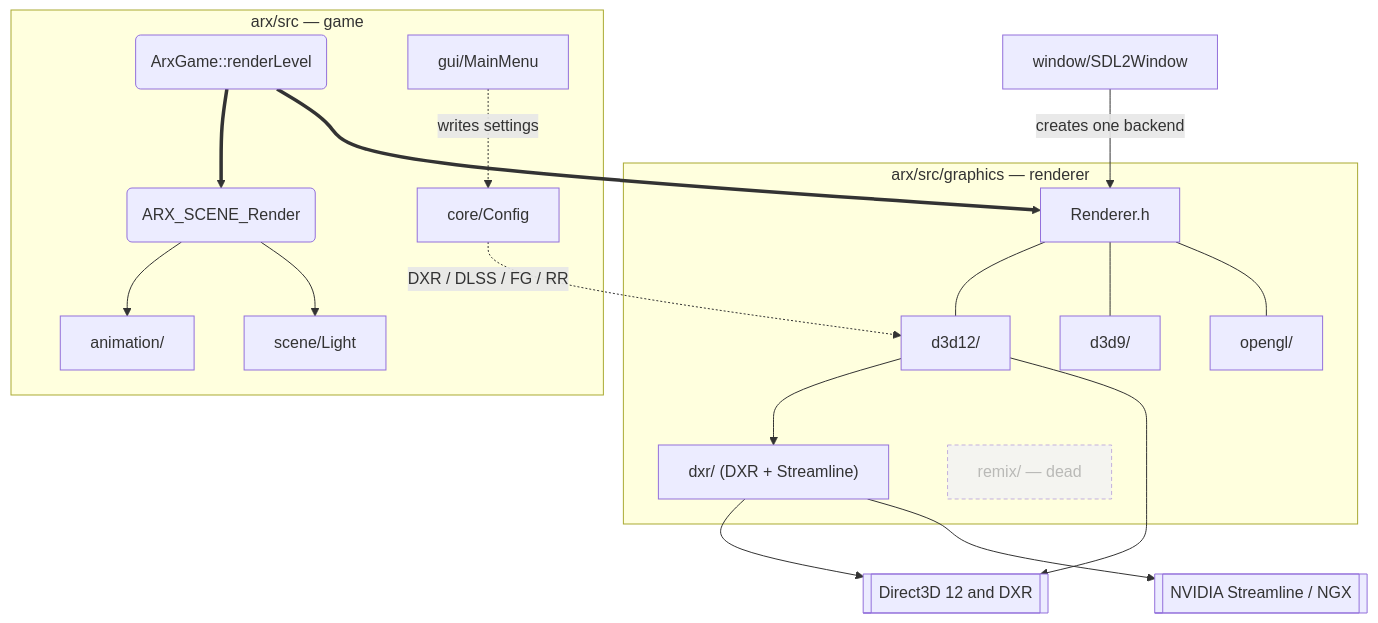
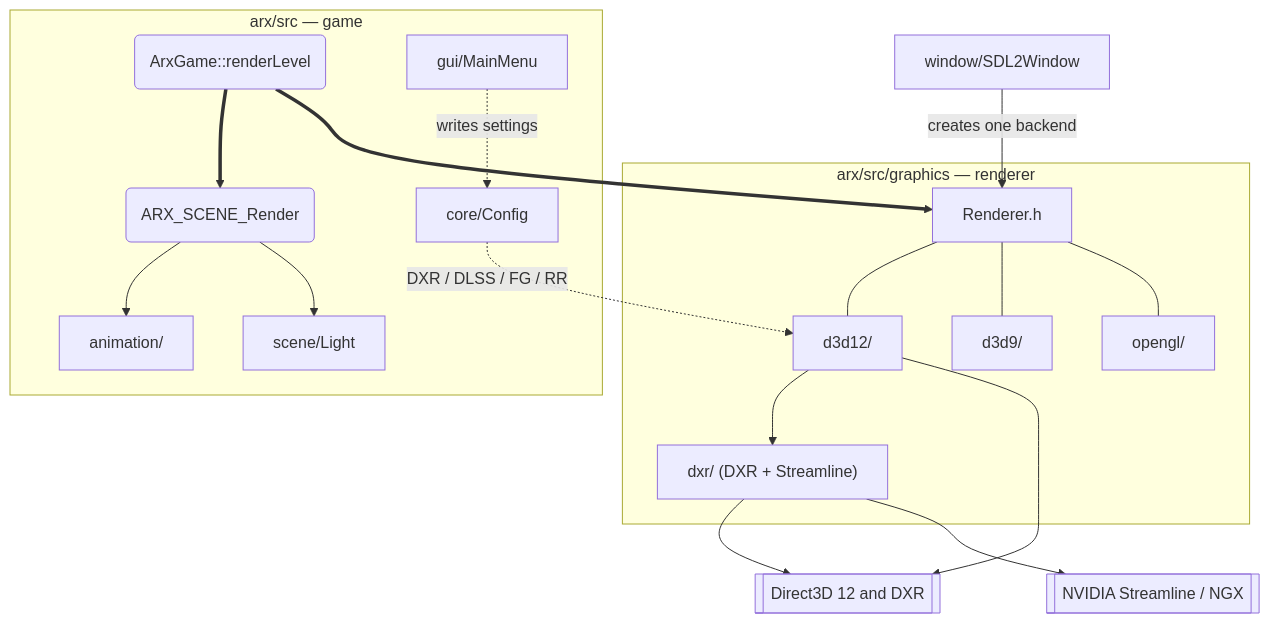
Before and after one commit to gabriel7silva/ArxRaymix: the second of 5 diagrams in docs/maintenance/MAP.md, drawn with Mermaid. The commit also changed other lines of this file and 39 other files, not shown here.

````diff
--- a/docs/maintenance/MAP.md
+++ b/docs/maintenance/MAP.md
@@ -40,42 +40,39 @@
 ```mermaid
 graph TD
   subgraph Game["arx/src — game"]
     Core("ArxGame::renderLevel")
     Scene("ARX_SCENE_Render")
     Anim["animation/"]
     Light["scene/Light"]
     Gui["gui/MainMenu"]
     Cfg["core/Config"]
   end
 
   subgraph Gfx["arx/src/graphics — renderer"]
     Iface["Renderer.h"]
     D12["d3d12/"]
     Dxr["dxr/ (DXR + Streamline)"]
     D9["d3d9/"]
     GL["opengl/"]
-    Remix["remix/ — dead"]
   end
 
   Win["window/SDL2Window"]
   Api[["Direct3D 12 and DXR"]]
   Sl[["NVIDIA Streamline / NGX"]]
 
   Core ==> Scene
   Core ==> Iface
   Scene --> Anim
   Scene --> Light
   Gui -.->|"writes settings"| Cfg
   Win -->|"creates one backend"| Iface
   Iface --- D12
   Iface --- D9
   Iface --- GL
   D12 --> Dxr
   Dxr --> Api
   Dxr --> Sl
   D12 --> Api
   Cfg -.->|"DXR / DLSS / FG / RR"| D12
 
-  classDef dead stroke-dasharray:4 3,opacity:0.55
-  class Remix dead
 ```
````
